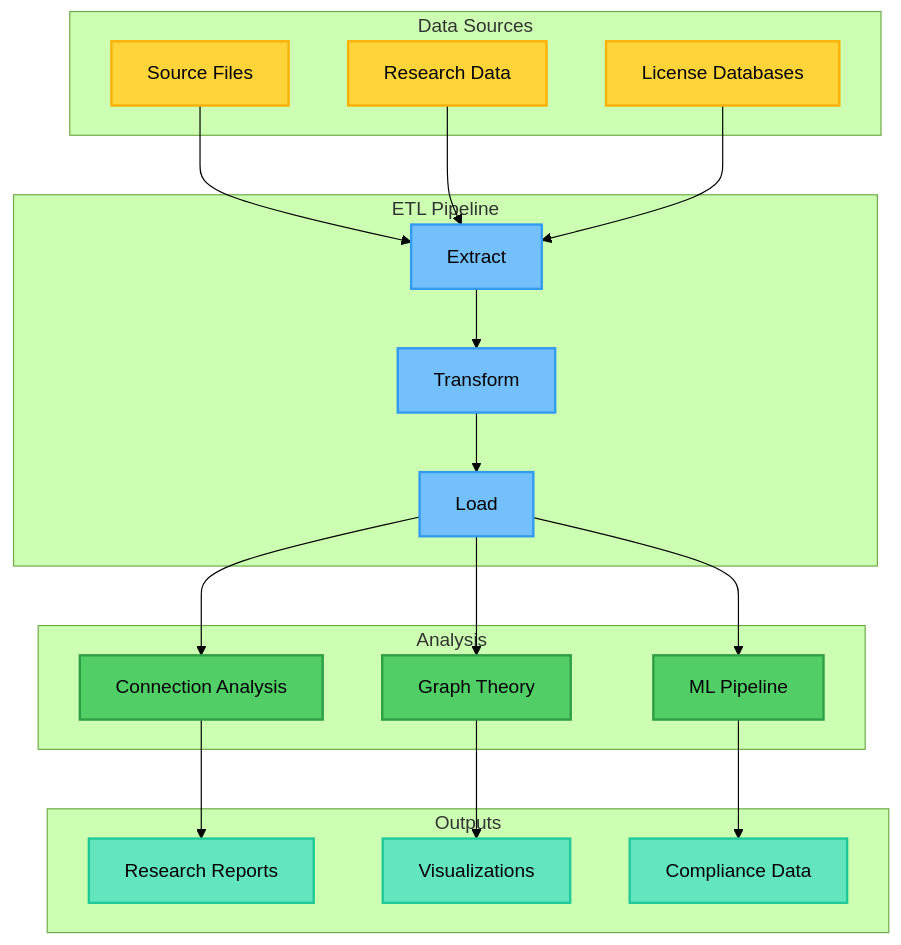
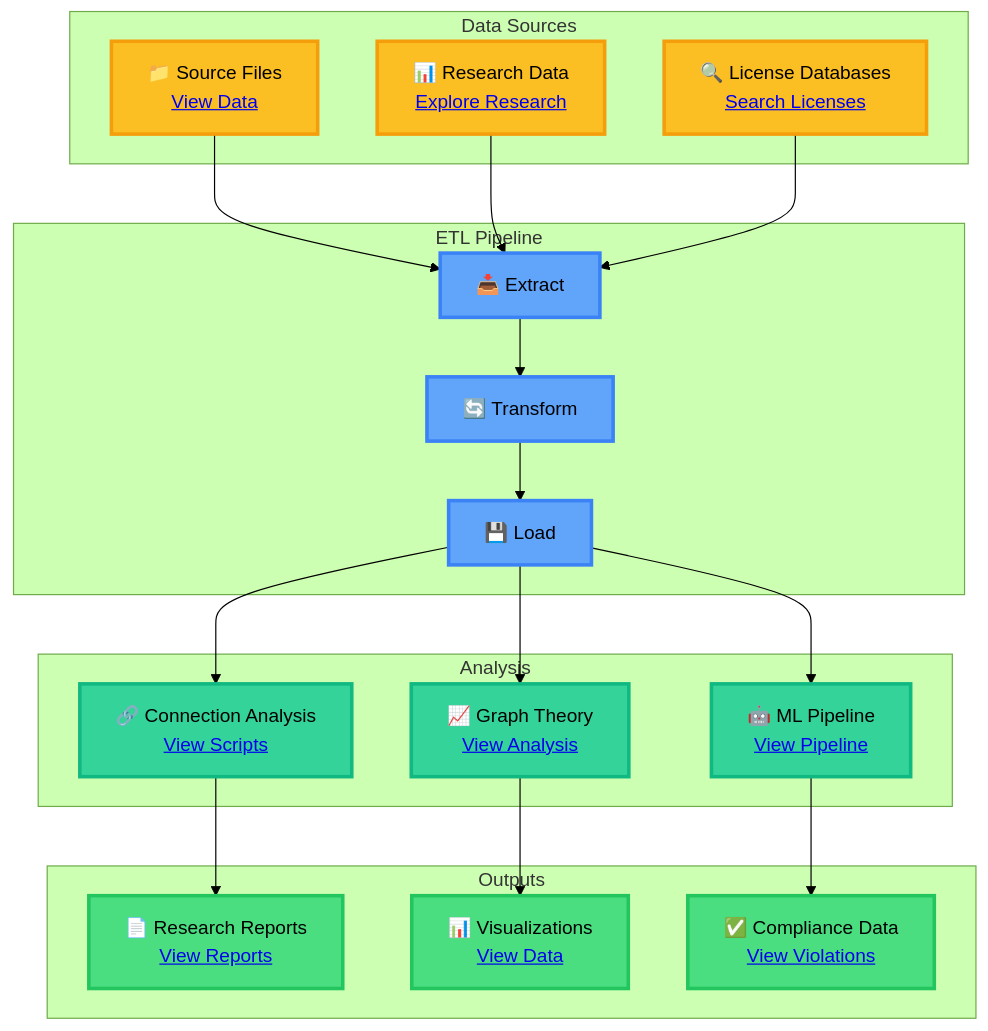
The first of 6 diagrams in README.md (1digitaldesign/kettler-data-analysis), drawn with Mermaid (forest theme) before and after one commit. The commit also changed other lines of this file and 8 other files, not shown here.

First line of the commit message:
fix: Improve dark mode contrast and add interactive elements to diagrams

````diff
--- a/README.md
+++ b/README.md
@@ -70,51 +70,51 @@
 ```mermaid
 graph TB
     subgraph "Data Sources"
-        A[Source Files]
-        B[Research Data]
-        C[License Databases]
+        A["📁 Source Files<br/><a href='data/source/'>View Data</a>"]
+        B["📊 Research Data<br/><a href='research/'>Explore Research</a>"]
+        C["🔍 License Databases<br/><a href='research/license_searches/'>Search Licenses</a>"]
     end
 
     subgraph "ETL Pipeline"
-        D[Extract]
-        E[Transform]
-        F[Load]
+        D["📥 Extract"]
+        E["🔄 Transform"]
+        F["💾 Load"]
     end
 
     subgraph "Analysis"
-        G[Connection Analysis]
-        H[Graph Theory]
-        I[ML Pipeline]
+        G["🔗 Connection Analysis<br/><a href='scripts/analysis/'>View Scripts</a>"]
+        H["📈 Graph Theory<br/><a href='data/processed/graph_theory_analysis.json'>View Analysis</a>"]
+        I["🤖 ML Pipeline<br/><a href='scripts/analysis/advanced_ml_pipeline.py'>View Pipeline</a>"]
     end
 
     subgraph "Outputs"
-        J[Research Reports]
-        K[Visualizations]
-        L[Compliance Data]
+        J["📄 Research Reports<br/><a href='research/reports/'>View Reports</a>"]
+        K["📊 Visualizations<br/><a href='data/processed/'>View Data</a>"]
+        L["✅ Compliance Data<br/><a href='data/processed/cross_referenced_violations.json'>View Violations</a>"]
     end
 
     A --> D
     B --> D
     C --> D
     D --> E
     E --> F
     F --> G
     F --> H
     F --> I
     G --> J
     H --> K
     I --> L
 
-    style A fill:#ffd43b,stroke:#fab005,stroke-width:2px
-    style B fill:#ffd43b,stroke:#fab005,stroke-width:2px
-    style C fill:#ffd43b,stroke:#fab005,stroke-width:2px
-    style D fill:#74c0fc,stroke:#339af0,stroke-width:2px
-    style E fill:#74c0fc,stroke:#339af0,stroke-width:2px
-    style F fill:#74c0fc,stroke:#339af0,stroke-width:2px
-    style G fill:#51cf66,stroke:#2f9e44,stroke-width:2px
-    style H fill:#51cf66,stroke:#2f9e44,stroke-width:2px
-    style I fill:#51cf66,stroke:#2f9e44,stroke-width:2px
-    style J fill:#63e6be,stroke:#20c997,stroke-width:2px
-    style K fill:#63e6be,stroke:#20c997,stroke-width:2px
-    style L fill:#63e6be,stroke:#20c997,stroke-width:2px
+    style A fill:#fbbf24,stroke:#f59e0b,stroke-width:3px
+    style B fill:#fbbf24,stroke:#f59e0b,stroke-width:3px
+    style C fill:#fbbf24,stroke:#f59e0b,stroke-width:3px
+    style D fill:#60a5fa,stroke:#3b82f6,stroke-width:3px
+    style E fill:#60a5fa,stroke:#3b82f6,stroke-width:3px
+    style F fill:#60a5fa,stroke:#3b82f6,stroke-width:3px
+    style G fill:#34d399,stroke:#10b981,stroke-width:3px
+    style H fill:#34d399,stroke:#10b981,stroke-width:3px
+    style I fill:#34d399,stroke:#10b981,stroke-width:3px
+    style J fill:#4ade80,stroke:#22c55e,stroke-width:3px
+    style K fill:#4ade80,stroke:#22c55e,stroke-width:3px
+    style L fill:#4ade80,stroke:#22c55e,stroke-width:3px
 ```
````
